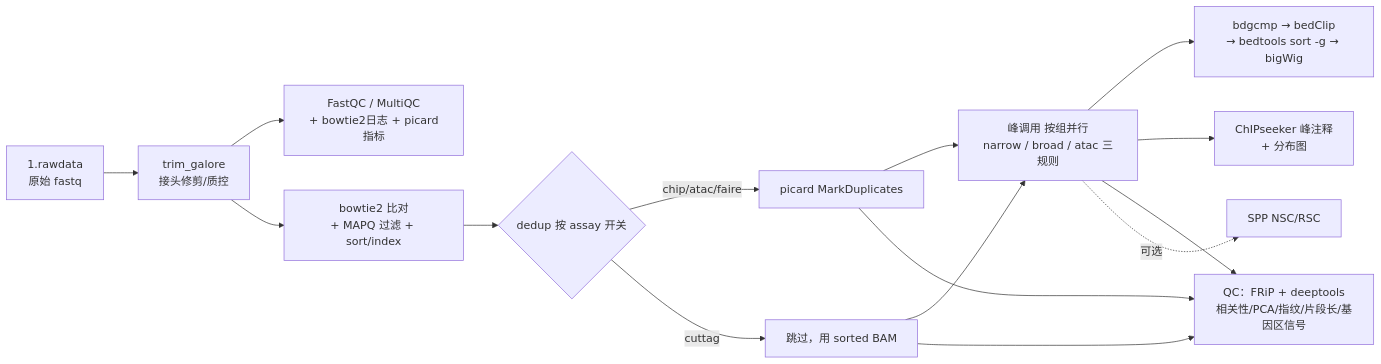
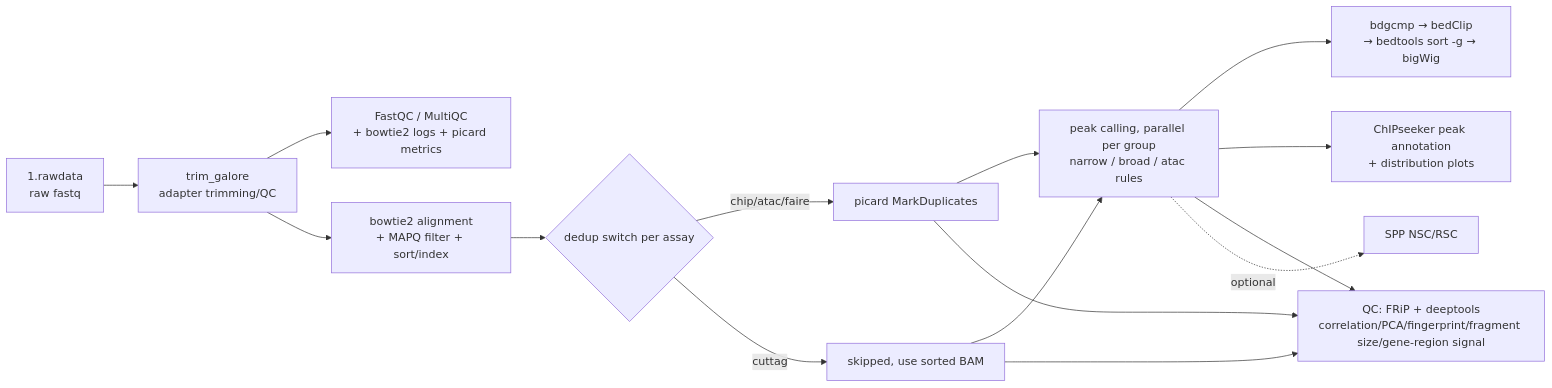
The diagram in chip_cuttag_atac_faire/README.md (Chengy257/BioWorkflows), drawn with Mermaid before and after one commit. The commit also changed other lines of this file and 55 other files, not shown here.

First line of the commit message:
docs: unify all content in English and align docs with the new architecture

````diff
--- a/chip_cuttag_atac_faire/README.md
+++ b/chip_cuttag_atac_faire/README.md
@@ -18,14 +18,14 @@
 ```mermaid
 flowchart LR
-    A[1.rawdata<br>原始 fastq] --> B[trim_galore<br>接头修剪/质控]
-    B --> C[FastQC / MultiQC<br>+ bowtie2日志 + picard指标]
-    B --> D[bowtie2 比对<br>+ MAPQ 过滤 + sort/index]
-    D --> E{dedup 按 assay 开关}
+    A[1.rawdata<br>raw fastq] --> B[trim_galore<br>adapter trimming/QC]
+    B --> C[FastQC / MultiQC<br>+ bowtie2 logs + picard metrics]
+    B --> D[bowtie2 alignment<br>+ MAPQ filter + sort/index]
+    D --> E{dedup switch per assay}
     E -->|chip/atac/faire| F[picard MarkDuplicates]
-    E -->|cuttag| G[跳过，用 sorted BAM]
-    F & G --> H[峰调用 按组并行<br>narrow / broad / atac 三规则]
+    E -->|cuttag| G[skipped, use sorted BAM]
+    F & G --> H[peak calling, parallel per group<br>narrow / broad / atac rules]
     H --> I[bdgcmp → bedClip<br>→ bedtools sort -g → bigWig]
-    H --> J[ChIPseeker 峰注释<br>+ 分布图]
-    H & F & G --> K[QC：FRiP + deeptools<br>相关性/PCA/指纹/片段长/基因区信号]
-    H -.可选.-> L[SPP NSC/RSC]
+    H --> J[ChIPseeker peak annotation<br>+ distribution plots]
+    H & F & G --> K[QC: FRiP + deeptools<br>correlation/PCA/fingerprint/fragment size/gene-region signal]
+    H -.optional.-> L[SPP NSC/RSC]
 ```
````
